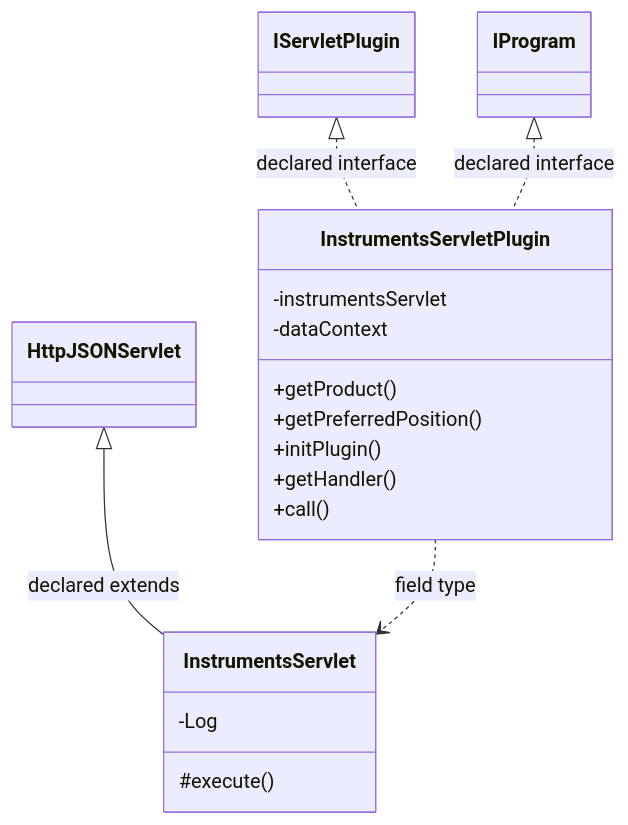
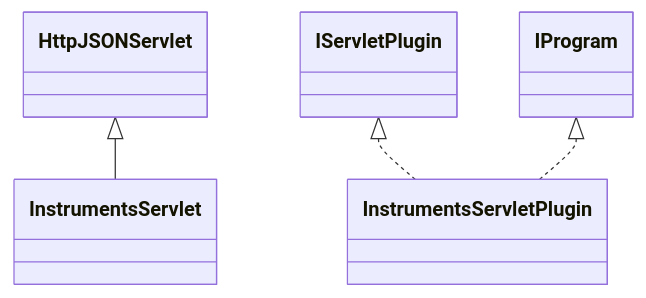
One commit to haruperi/HaruQuantAI changed the diagram in docs/sqx/DataManager/DataManagerInstruments.md. Above: the diagram before and after it, drawn with Mermaid. The commit also changed other lines of this file and 1688 other files, not shown here.

````diff
--- a/docs/sqx/DataManager/DataManagerInstruments.md
+++ b/docs/sqx/DataManager/DataManagerInstruments.md
@@ -30,23 +26,11 @@
 ```mermaid
 classDiagram
-    class C934622d94f07["InstrumentsServlet"] {
-        -Log
-        #execute()
-    }
-    class C503563e9b4c2["InstrumentsServletPlugin"] {
-        -instrumentsServlet
-        -dataContext
-        +getProduct()
-        +getPreferredPosition()
-        +initPlugin()
-        +getHandler()
-        +call()
-    }
-    class C1b6b4448b67b["IProgram"]
-    class C249b5c671b1a["IServletPlugin"]
-    class C8900f90ae594["HttpJSONServlet"]
-    C8900f90ae594 <|-- C934622d94f07 : declared extends
-    C249b5c671b1a <|.. C503563e9b4c2 : declared interface
-    C1b6b4448b67b <|.. C503563e9b4c2 : declared interface
-    C503563e9b4c2 ..> C934622d94f07 : field type
+    class C0["InstrumentsServlet"]
+    class C1["InstrumentsServletPlugin"]
+    class E0["HttpJSONServlet"]
+    E0 <|-- C0
+    class E1["IServletPlugin"]
+    E1 <|.. C1
+    class E2["IProgram"]
+    E2 <|.. C1
 ```
````
